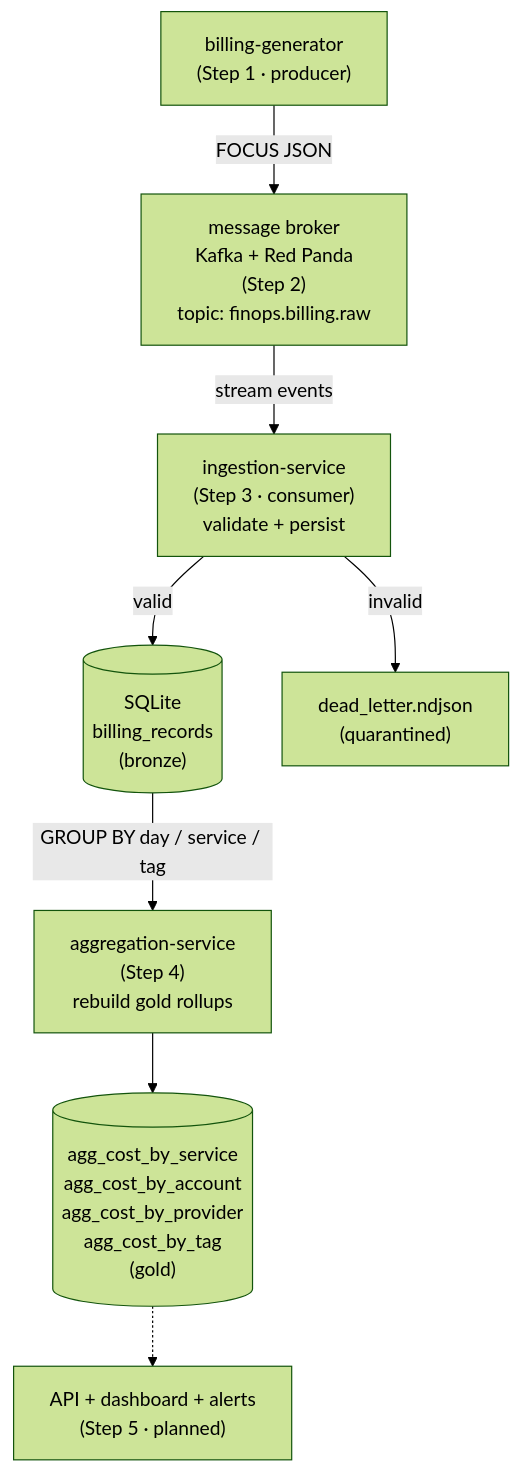
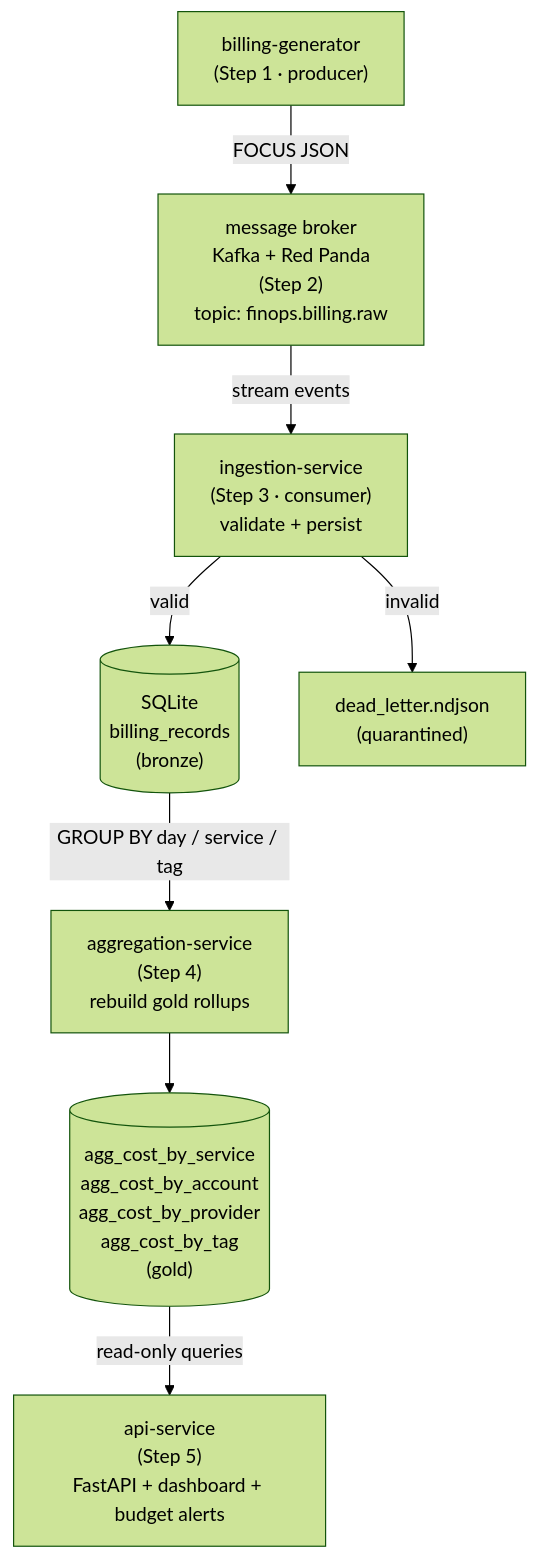
Before and after one commit to floydianfan77/finops-platform: the first of 3 diagrams in docs/MANUAL.md, drawn with Mermaid (forest theme). The commit also changed other lines of this file and 18 other files, not shown here.

First line of the commit message:
feat(api): add Step 5 query API + dashboard + budget alerts

````diff
--- a/docs/MANUAL.md
+++ b/docs/MANUAL.md
@@ -104,19 +105,19 @@
 ```mermaid
 flowchart TD
     G["billing-generator<br/>(Step 1 · producer)"]
     B["message broker<br/>Kafka + Red Panda<br/>(Step 2)<br/>topic: finops.billing.raw"]
     I["ingestion-service<br/>(Step 3 · consumer)<br/>validate + persist"]
     DB[("SQLite<br/>billing_records<br/>(bronze)")]
     DLQ["dead_letter.ndjson<br/>(quarantined)"]
     A["aggregation-service<br/>(Step 4)<br/>rebuild gold rollups"]
     GOLD[("agg_cost_by_service<br/>agg_cost_by_account<br/>agg_cost_by_provider<br/>agg_cost_by_tag<br/>(gold)")]
-    API["API + dashboard + alerts<br/>(Step 5 · planned)"]
+    API["api-service<br/>(Step 5)<br/>FastAPI + dashboard + budget alerts"]
 
     G -- "FOCUS JSON" --> B
     B -- "stream events" --> I
     I -- "valid" --> DB
     I -- "invalid" --> DLQ
     DB -- "GROUP BY day / service / tag" --> A
     A --> GOLD
-    GOLD -.-> API
+    GOLD -- "read-only queries" --> API
 ```
````
